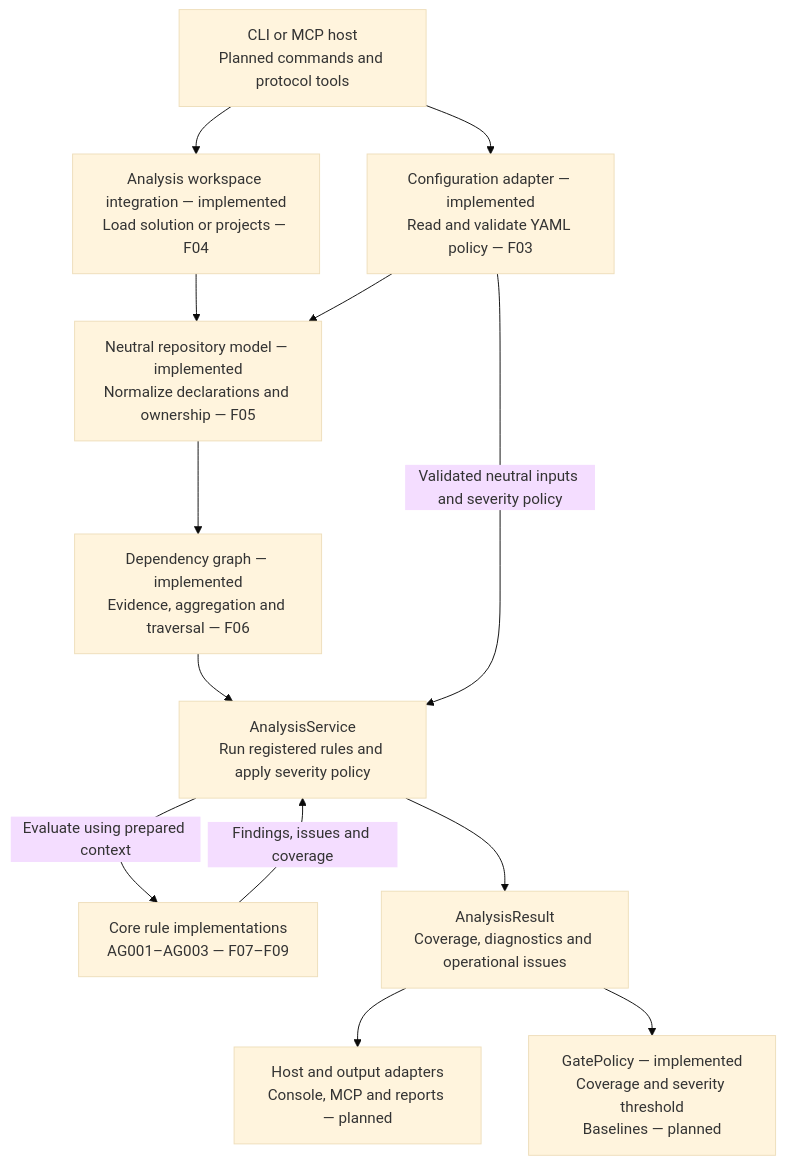
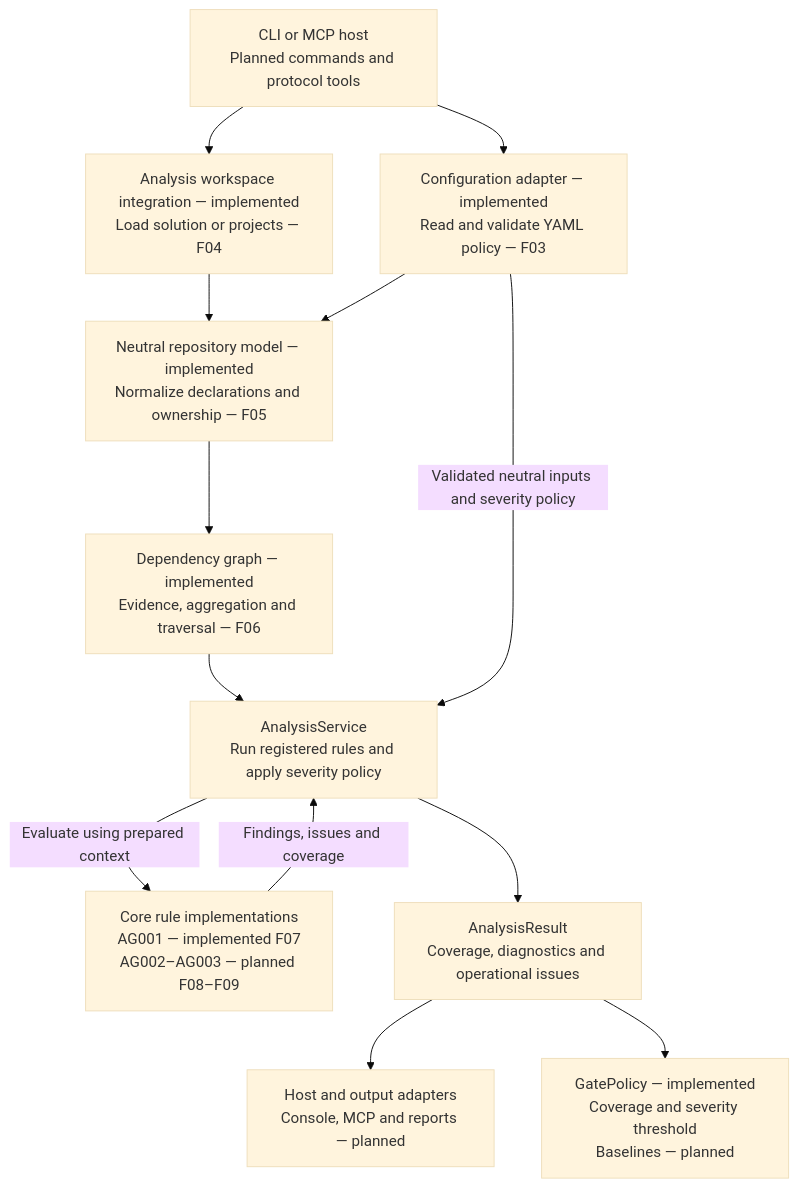
Before and after one commit to kbourzayq/arch-guard: the second of 3 diagrams in docs/architecture/overview.md, drawn with Mermaid (base theme). The commit also changed other lines of this file and 11 other files, not shown here.

````diff
--- a/docs/architecture/overview.md
+++ b/docs/architecture/overview.md
@@ -129,26 +133,26 @@
 ```mermaid
 flowchart TD
     Host["CLI or MCP host<br/>Planned commands and protocol tools"]
     Configuration["Configuration adapter — implemented<br/>Read and validate YAML policy — F03"]
     Workspace["Analysis workspace integration — implemented<br/>Load solution or projects — F04"]
     Context["Neutral repository model — implemented<br/>Normalize declarations and ownership — F05"]
     Graph["Dependency graph — implemented<br/>Evidence, aggregation and traversal — F06"]
     Service["AnalysisService<br/>Run registered rules and apply severity policy"]
-    Rules["Core rule implementations<br/>AG001–AG003 — F07–F09"]
+    Rules["Core rule implementations<br/>AG001 — implemented F07<br/>AG002–AG003 — planned F08–F09"]
     Result["AnalysisResult<br/>Coverage, diagnostics and operational issues"]
     Output["Host and output adapters<br/>Console, MCP and reports — planned"]
     Gate["GatePolicy — implemented<br/>Coverage and severity threshold<br/>Baselines — planned"]
 
     Host --> Configuration
     Host --> Workspace
     Workspace --> Context
     Configuration --> Context
     Context --> Graph
     Graph --> Service
     Configuration -->|"Validated neutral inputs and severity policy"| Service
     Service -->|"Evaluate using prepared context"| Rules
     Rules -->|"Findings, issues and coverage"| Service
     Service --> Result
     Result --> Output
     Result --> Gate
 ```
````
